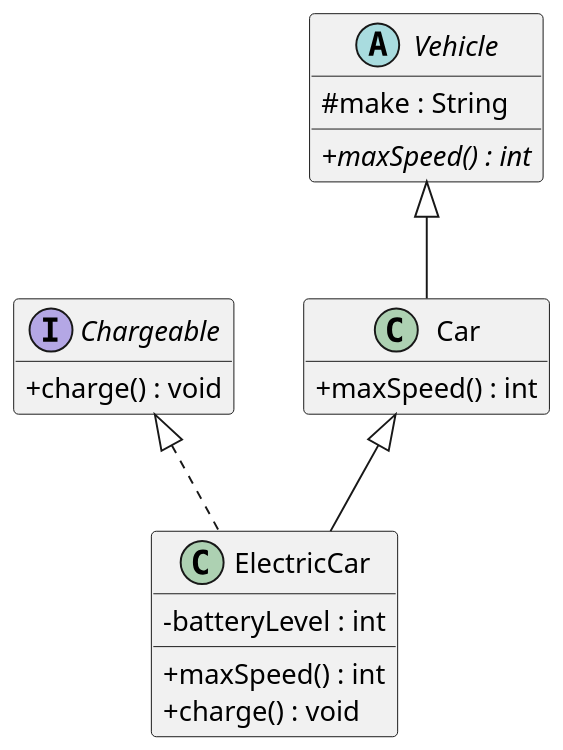
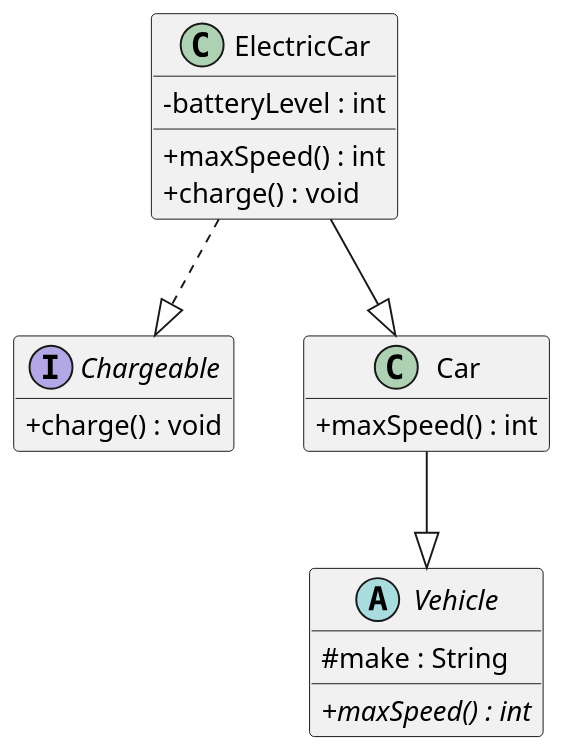
The diagram in plantuml/exercises/vehicles-uml-starter.puml (928478326/207-course-notes), drawn with PlantUML before and after one commit.

```diff
--- a/plantuml/exercises/vehicles-uml-starter.puml
+++ b/plantuml/exercises/vehicles-uml-starter.puml
@@ -1,47 +1,47 @@
 @startuml
 skinparam dpi 150
 skinparam classAttributeIconSize 0
 hide empty members
 
 ' Your task (Chapter 3, Question 2): draw the UML class diagram for the
 ' Vehicle / Car / ElectricCar / Chargeable code.
 '
 ' Define each type as a box, then connect them with the right arrows. One box
 ' (Chargeable) is filled in as an example — complete the other three and add the
 ' relationships.
 '
 ' PlantUML cheat-sheet:
 '   interface Name { + method() : Type }
 '   abstract class Name { # field : Type }
 '   class Name { - field : Type }
 '   Parent    <|-- Child    ' generalization: Child extends Parent
 '   Interface <|.. Class    ' realization:    Class implements Interface
 ' (Putting the parent/interface on the LEFT of the arrow keeps it on top.)
 
 interface Chargeable {
   + charge() : void
 }
 
 abstract class Vehicle {
   # make : String
   + {abstract} maxSpeed() : int
 }
 
 class Car {
   + maxSpeed() : int
 }
 
 class ElectricCar {
   - batteryLevel : int
   + maxSpeed() : int
   + charge() : void
 }
 
-Vehicle <|-- Car
-Car <|-- ElectricCar
-Chargeable <|.. ElectricCar
+Car --|> Vehicle
+ElectricCar --|> Car
+ElectricCar ..|> Chargeable
 ' TODO: add "abstract class Vehicle", "class Car", and "class ElectricCar"
 '       (with their fields and methods), then add the arrows between all four
 '       types.
 
 @enduml
```
